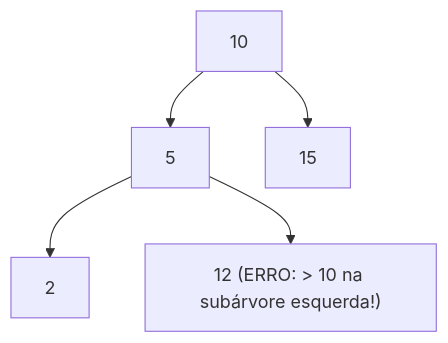
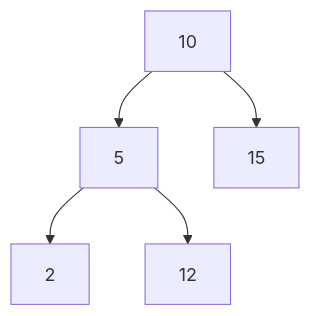
The second of 3 diagrams in content/cursos/n3-estruturas-de-dados-e-algoritmos/06-arvores-e-tabelas-hash/02-arvores-de-busca-binaria.lvl.md (Lip3Bazinga/v0-level-usp-project), drawn with Mermaid before and after one commit. The commit also changed other lines of this file and 4 other files, not shown here.

````diff
--- a/content/cursos/n3-estruturas-de-dados-e-algoritmos/06-arvores-e-tabelas-hash/02-arvores-de-busca-binaria.lvl.md
+++ b/content/cursos/n3-estruturas-de-dados-e-algoritmos/06-arvores-e-tabelas-hash/02-arvores-de-busca-binaria.lvl.md
@@ -30,7 +309,7 @@
 ```mermaid
 flowchart TD
-    R["10"] --> E["5"]
-    R --> D["15"]
-    E --> EE["2"]
-    E --> ED["12 (ERRO: > 10 na subárvore esquerda!)"]
+    A["10"] --> B["5"]
+    A --> C["15"]
+    B --> D["2"]
+    B --> E["12"]
 ```
````
